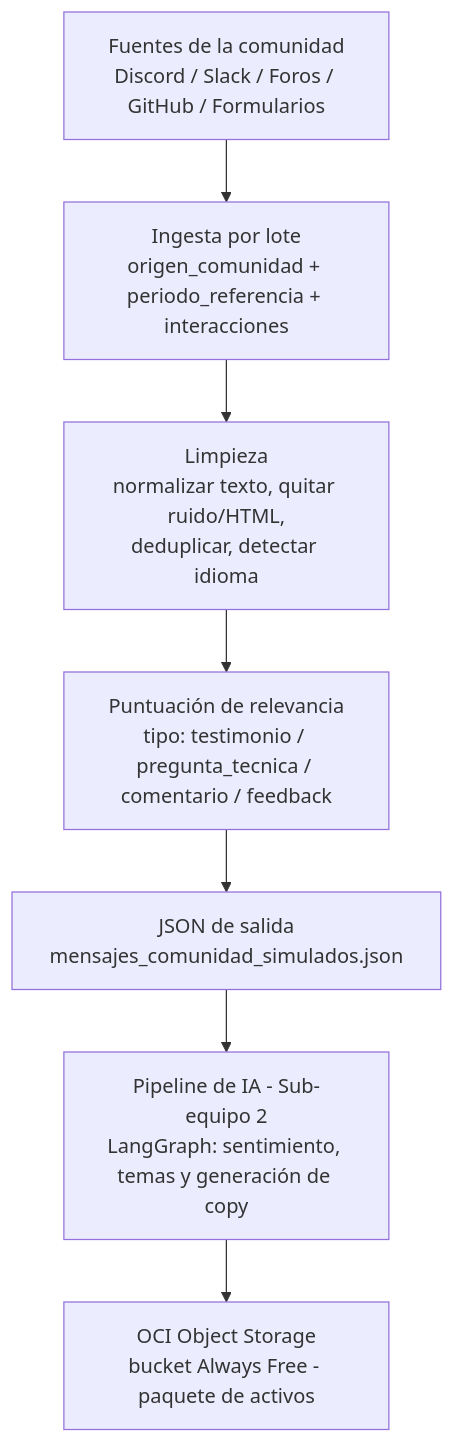
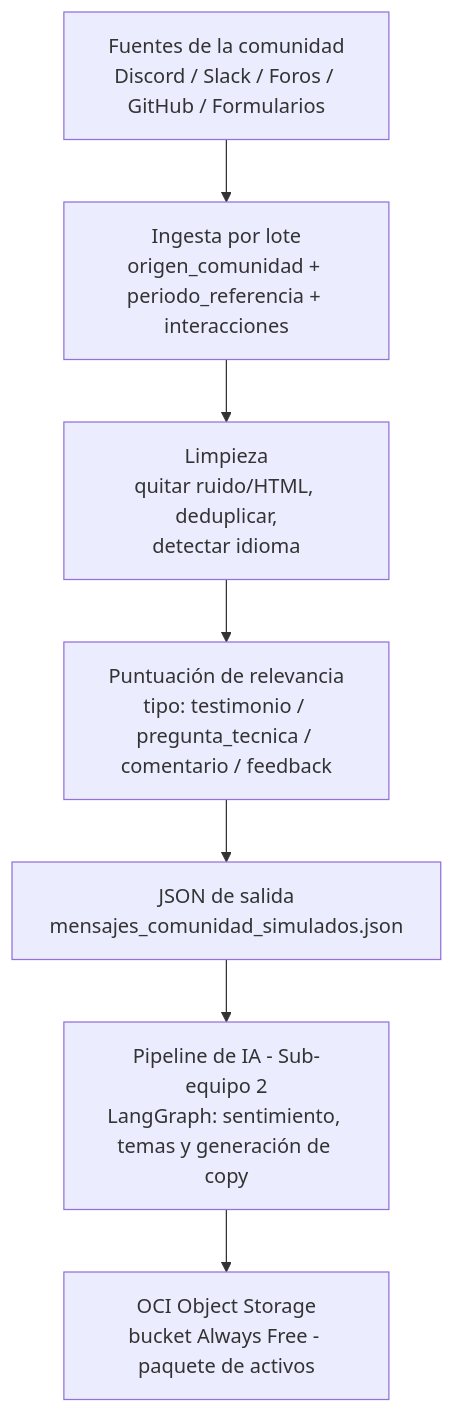
Before and after one commit to HenryH11/communitylab: the diagram in docs/diagrama_flujo_datos_ingesta.md, drawn with Mermaid. The commit also changed other lines of this file, not shown here.

First line of the commit message:
Alineando diagrama de ingesta con implementación real de Jhonattan

````diff
--- a/docs/diagrama_flujo_datos_ingesta.md
+++ b/docs/diagrama_flujo_datos_ingesta.md
@@ -10,9 +10,9 @@
 ```mermaid
 flowchart TD
     A[Fuentes de la comunidad<br/>Discord / Slack / Foros / GitHub / Formularios] --> B[Ingesta por lote<br/>origen_comunidad + periodo_referencia + interacciones]
-    B --> C[Limpieza<br/>normalizar texto, quitar ruido/HTML,<br/>deduplicar, detectar idioma]
+    B --> C[Limpieza<br/>quitar ruido/HTML, deduplicar,<br/>detectar idioma]
     C --> D[Puntuación de relevancia<br/>tipo: testimonio / pregunta_tecnica / comentario / feedback]
     D --> E[JSON de salida<br/>mensajes_comunidad_simulados.json]
     E --> F[Pipeline de IA - Sub-equipo 2<br/>LangGraph: sentimiento, temas y generación de copy]
     F --> G[OCI Object Storage<br/>bucket Always Free - paquete de activos]
 ```
````
